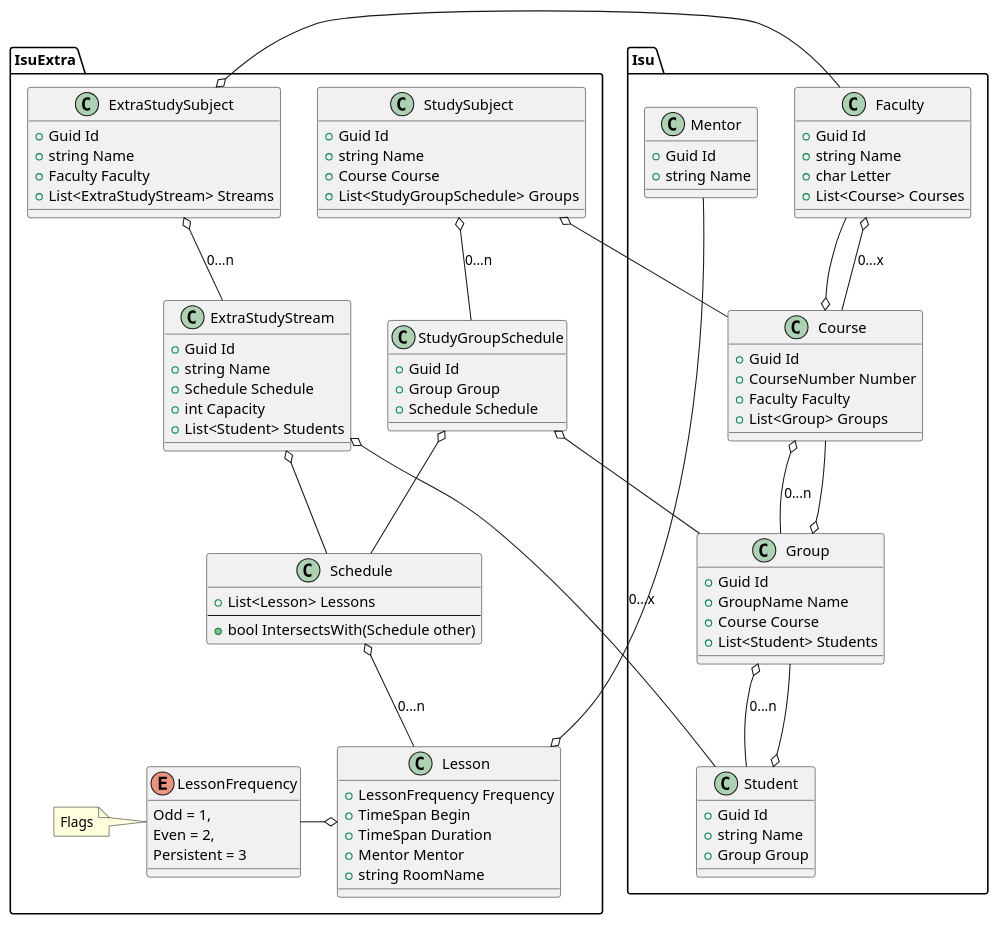
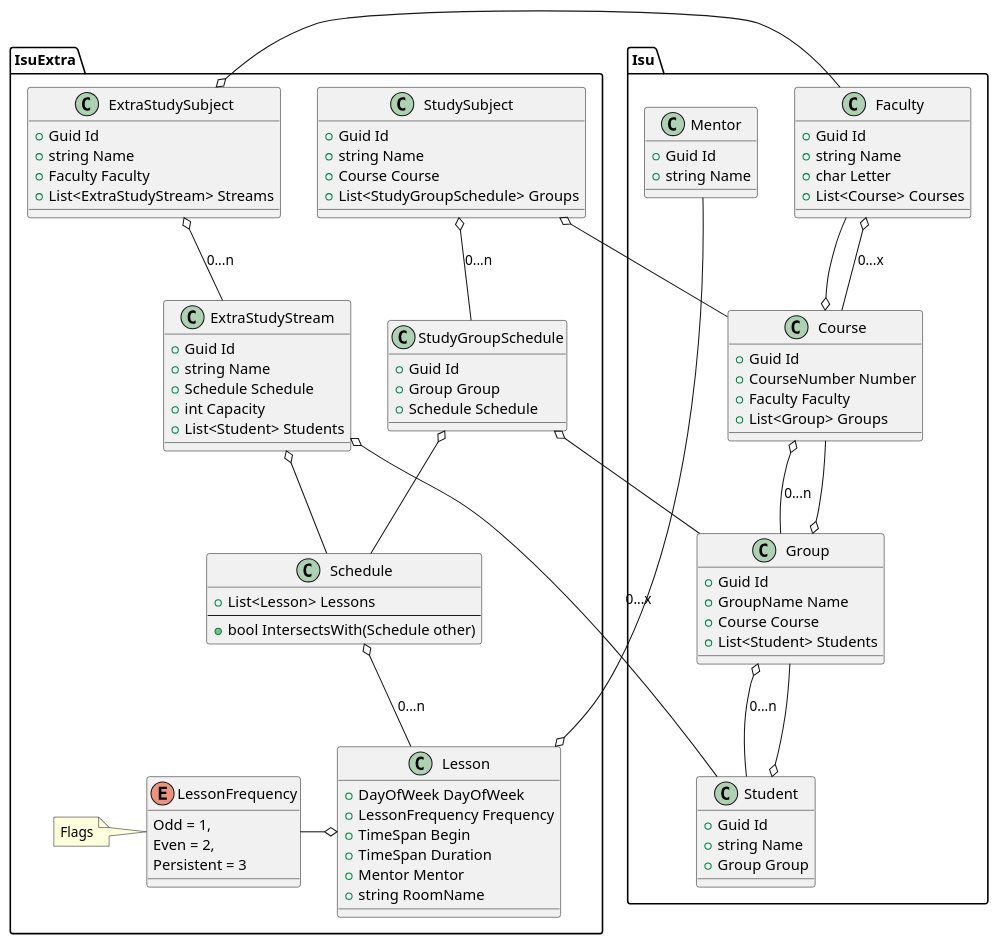
Before and after one commit to ronimizy/OopLabs: the diagram in IsuExtra/Docs/Classes.puml, drawn with PlantUML.

Commit message:
refactor: reflected Lesson changes in class diagram

```diff
--- a/IsuExtra/Docs/Classes.puml
+++ b/IsuExtra/Docs/Classes.puml
@@ -1,138 +1,131 @@
 @startuml
 'https://plantuml.com/class-diagram
 
 set namespaceSeparator .
 
-'interface Isu.IIsuUser 
-'{
-'    + Guid Id
-'    + string Name
-'}
-
-'Isu.IIsuUser <|.. Isu.Mentor
 class Isu.Mentor 
 {
     + Guid Id
     + string Name
 }
 
-'Isu.IIsuUser <|.. Isu.Student
 class Isu.Student
 {
     + Guid Id
     + string Name
     + Group Group
 }
 
 class Isu.Group
 {
     + Guid Id
     + GroupName Name
     + Course Course
     + List<Student> Students
 }
 
 class Isu.Course 
 {
     + Guid Id
     + CourseNumber Number
     + Faculty Faculty
     + List<Group> Groups
 }
 
 class Isu.Faculty 
 {
     + Guid Id
     + string Name
     + char Letter
     + List<Course> Courses
 }
 
 note "Flags" as IsuExtra.Fl
 
 enum IsuExtra.LessonFrequency
 {
     Odd = 1, 
     Even = 2, 
     Persistent = 3
 }
 
 class IsuExtra.Lesson 
 {
+    + DayOfWeek DayOfWeek
     + LessonFrequency Frequency
     + TimeSpan Begin
     + TimeSpan Duration
     + Mentor Mentor
     + string RoomName
 }
 
 class IsuExtra.Schedule
 {
     + List<Lesson> Lessons
     --
     + bool IntersectsWith(Schedule other)
 }
 
 class IsuExtra.ExtraStudyStream 
 {
     + Guid Id
     + string Name
     + Schedule Schedule
     + int Capacity
     + List<Student> Students
 }
 
 class IsuExtra.ExtraStudySubject
 {
     + Guid Id
     + string Name
     + Faculty Faculty
     + List<ExtraStudyStream> Streams
 }
 
 class IsuExtra.StudyGroupSchedule
 {
     + Guid Id
     + Group Group
     + Schedule Schedule
 }
 
 class IsuExtra.StudySubject
 {
     + Guid Id
     + string Name
     + Course Course
     + List<StudyGroupSchedule> Groups
 }
 
 
 '
 '
 '
 
 
 Isu.Group -up-o Isu.Student
 Isu.Group o-down- Isu.Student: 0...n
 
 Isu.Course -up-o Isu.Group
 Isu.Course o-down- Isu.Group: 0...n
 
 Isu.Course o-up- Isu.Faculty
 Isu.Faculty o-down- Isu.Course: 0...x
 
 Isu.Mentor -left-o IsuExtra.Lesson
 IsuExtra.Fl .right. IsuExtra.LessonFrequency 
 IsuExtra.LessonFrequency -right-o IsuExtra.Lesson
 IsuExtra.Schedule o-- IsuExtra.Lesson: 0...n
 
 IsuExtra.StudyGroupSchedule o-- IsuExtra.Schedule
 IsuExtra.StudyGroupSchedule o-- Isu.Group
 IsuExtra.StudySubject o-- Isu.Course
 IsuExtra.StudySubject o-- IsuExtra.StudyGroupSchedule: 0...n
 
 IsuExtra.ExtraStudyStream o-- IsuExtra.Schedule
 IsuExtra.ExtraStudyStream o-- Isu.Student: 0...x
 IsuExtra.ExtraStudySubject o-- IsuExtra.ExtraStudyStream: 0...n
 IsuExtra.ExtraStudySubject o-left- Isu.Faculty
 
 @enduml
```
